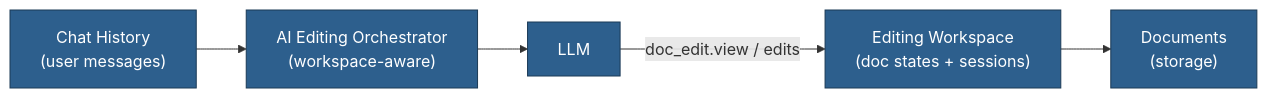
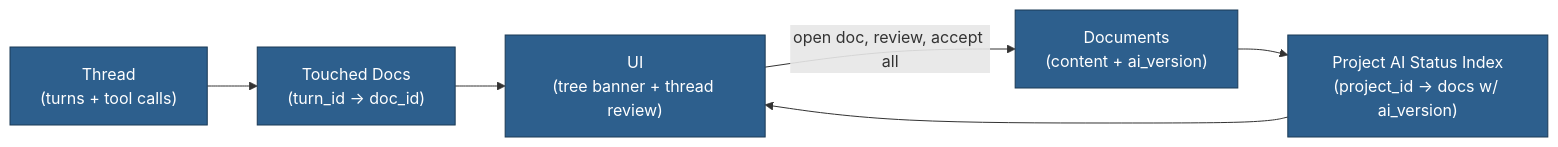
The diagram in _docs/future/ideas/ai-behaviors/ai-editing-workspace.md (haowjy/meridian-flow), drawn with Mermaid before and after one commit. The commit also changed other lines of this file and 4 other files, not shown here.

````diff
--- a/_docs/future/ideas/ai-behaviors/ai-editing-workspace.md
+++ b/_docs/future/ideas/ai-behaviors/ai-editing-workspace.md
@@ -15,15 +21,15 @@
 ```mermaid
 flowchart LR
-  Chat["Chat History\n(user messages)"]
-  Orchestrator["AI Editing Orchestrator\n(workspace-aware)"]
-  LLM["LLM"]
-  Workspace["Editing Workspace\n(doc states + sessions)"]
-  Docs["Documents\n(storage)"]
+  Thread["Thread\n(turns + tool calls)"]
+  Touches["Touched Docs\n(turn_id -> doc_id)"]
+  ProjectIndex["Project AI Status Index\n(project_id -> docs w/ ai_version)"]
+  UI["UI\n(tree banner + thread review)"]
+  Docs["Documents\n(content + ai_version)"]
 
-  Chat --> Orchestrator --> LLM
-  LLM -->|"doc_edit.view / edits"| Workspace
-  Workspace --> Docs
+  Thread --> Touches --> UI
+  Docs --> ProjectIndex --> UI
+  UI -->|"open doc, review, accept all"| Docs
 
   classDef node fill:#2d5f8d,stroke:#1b3a56,color:#fff
-  class Chat,Orchestrator,LLM,Workspace,Docs node
+  class Thread,Touches,ProjectIndex,UI,Docs node
 ```
````
